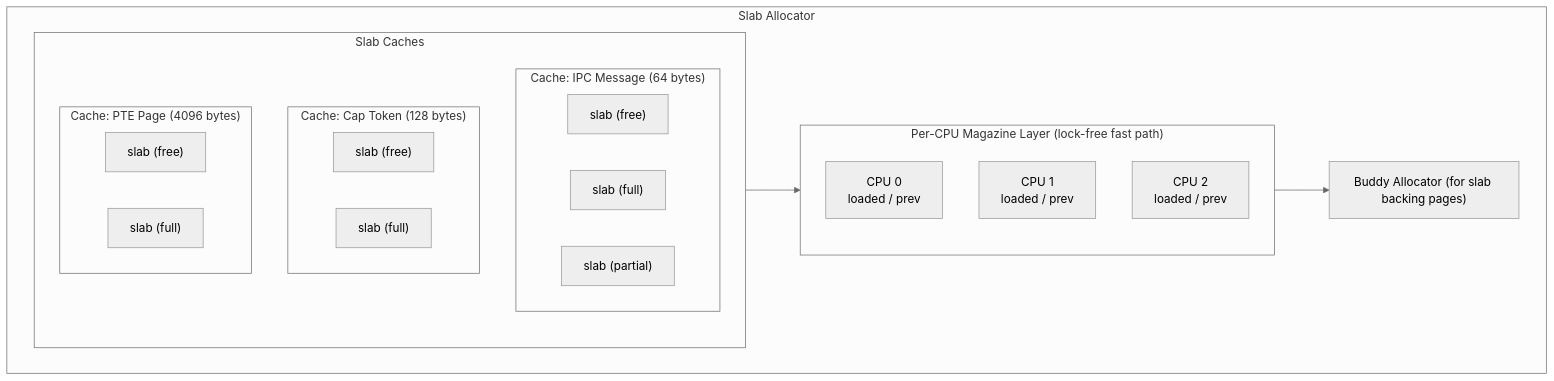
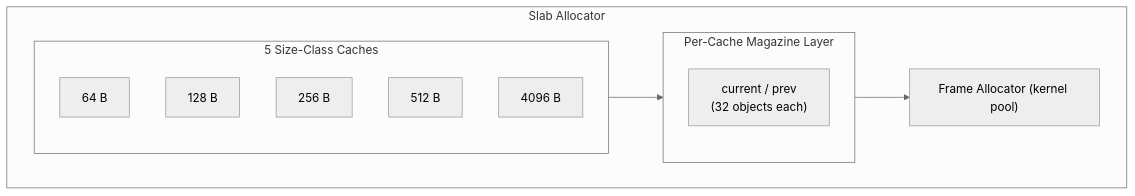
One commit to juslee/aios changed the fourth of 8 diagrams in docs/kernel/memory.md. Above: the diagram before and after it, drawn with Mermaid (neutral theme). The commit also changed other lines of this file, not shown here.

First line of the commit message:
Docs: Update memory.md architecture doc with factual corrections and research

````diff
--- a/docs/kernel/memory.md
+++ b/docs/kernel/memory.md
@@ -902,32 +947,20 @@
 ```mermaid
 flowchart TD
     subgraph SLAB["Slab Allocator"]
-        subgraph CACHES["Slab Caches"]
-            subgraph IPC["Cache: IPC Message (64 bytes)"]
-                IS1["slab (free)"]
-                IS2["slab (full)"]
-                IS3["slab (partial)"]
-            end
-            subgraph CAP["Cache: Cap Token (128 bytes)"]
-                CS1["slab (free)"]
-                CS2["slab (full)"]
-            end
-            subgraph PTE["Cache: PTE Page (4096 bytes)"]
-                PS1["slab (free)"]
-                PS2["slab (full)"]
-            end
+        subgraph CACHES["5 Size-Class Caches"]
+            C64["64 B"]
+            C128["128 B"]
+            C256["256 B"]
+            C512["512 B"]
+            C4096["4096 B"]
         end
 
-        subgraph MAG["Per-CPU Magazine Layer (lock-free fast path)"]
-            M0["`CPU 0
-loaded / prev`"]
-            M1["`CPU 1
-loaded / prev`"]
-            M2["`CPU 2
-loaded / prev`"]
+        subgraph MAG["Per-Cache Magazine Layer"]
+            M0["`current / prev
+(32 objects each)`"]
         end
 
         CACHES --> MAG
-        MAG --> BUDDY["Buddy Allocator (for slab backing pages)"]
+        MAG --> BUDDY["Frame Allocator (kernel pool)"]
     end
 ```
````
